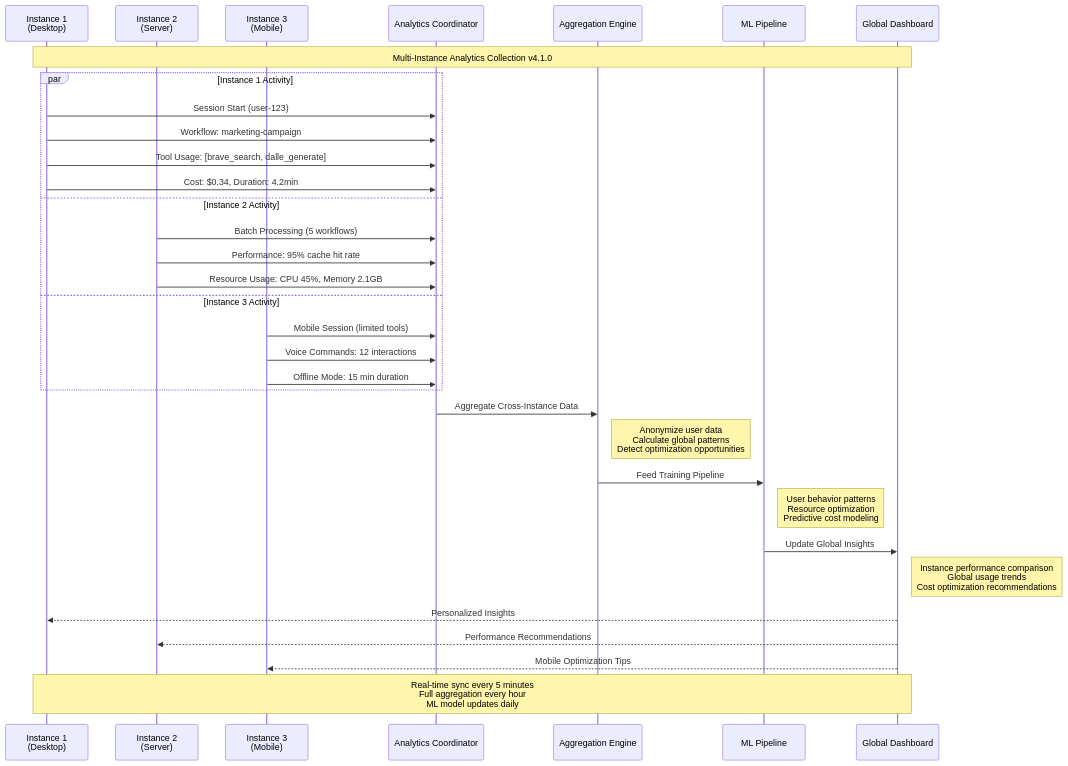
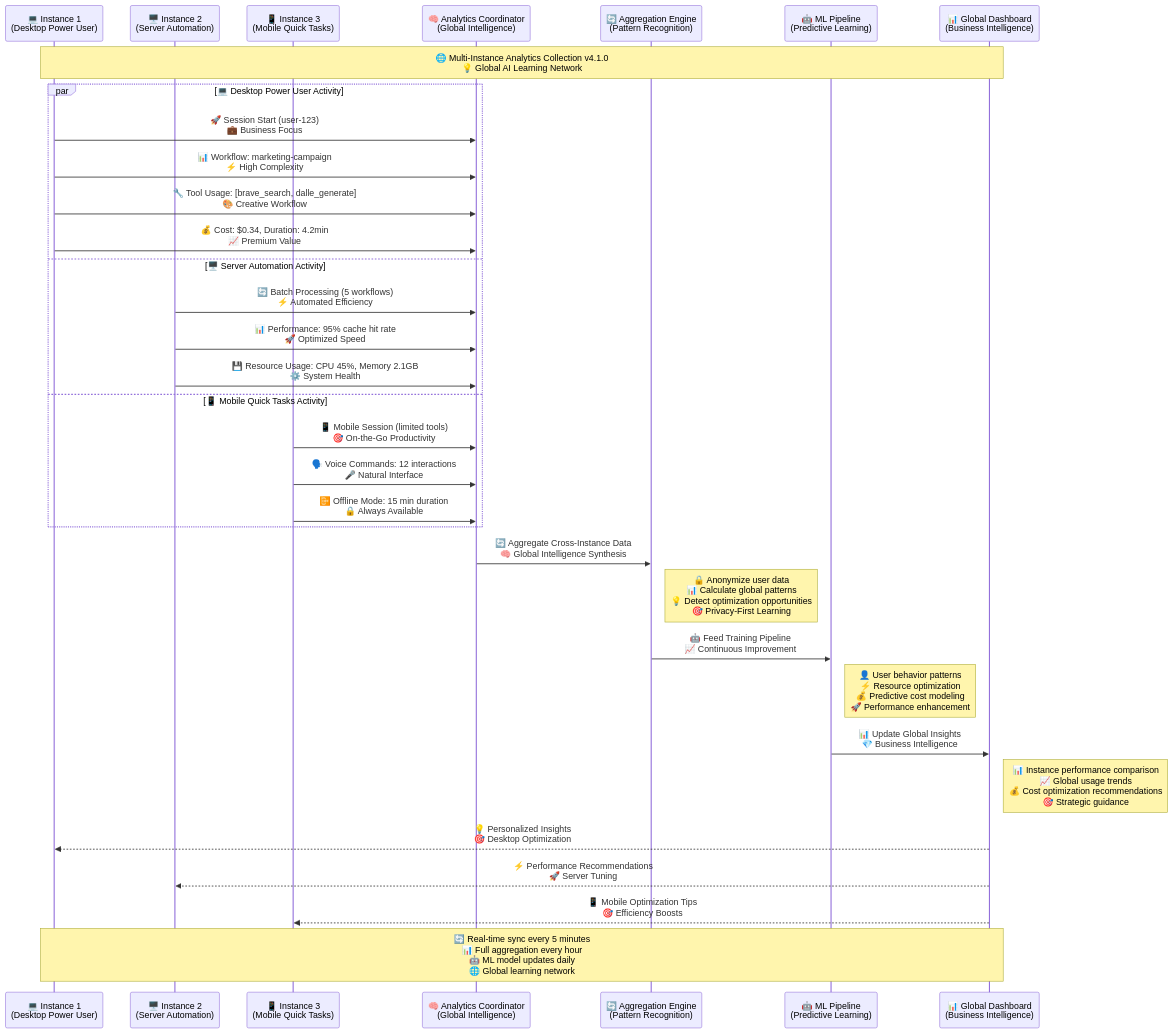
Before and after one commit to seanivore/modular-agent-orchestrator: the fourth of 4 diagrams in promotions/visuals/diagrams/memory_analytics_complex.md, drawn with Mermaid. The commit also changed other lines of this file, not shown here.

Commit message:
Advanced Memory MCP & Analytics Architecture

````diff
--- a/promotions/visuals/diagrams/memory_analytics_complex.md
+++ b/promotions/visuals/diagrams/memory_analytics_complex.md
@@ -287,42 +292,42 @@
 ```mermaid
 sequenceDiagram
-    participant I1 as Instance 1<br/>(Desktop)
-    participant I2 as Instance 2<br/>(Server)
-    participant I3 as Instance 3<br/>(Mobile)
-    participant AC as Analytics Coordinator
-    participant AG as Aggregation Engine
-    participant ML as ML Pipeline
-    participant DASH as Global Dashboard
+    participant I1 as 💻 Instance 1<br/>(Desktop Power User)
+    participant I2 as 🖥️ Instance 2<br/>(Server Automation)
+    participant I3 as 📱 Instance 3<br/>(Mobile Quick Tasks)
+    participant AC as 🧠 Analytics Coordinator<br/>(Global Intelligence)
+    participant AG as 🔄 Aggregation Engine<br/>(Pattern Recognition)
+    participant ML as 🤖 ML Pipeline<br/>(Predictive Learning)
+    participant DASH as 📊 Global Dashboard<br/>(Business Intelligence)
     
-    Note over I1,DASH: Multi-Instance Analytics Collection v4.1.0
+    Note over I1,DASH: 🌐 Multi-Instance Analytics Collection v4.1.0<br/>💡 Global AI Learning Network
     
-    par Instance 1 Activity
-        I1->>AC: Session Start (user-123)
-        I1->>AC: Workflow: marketing-campaign
-        I1->>AC: Tool Usage: [brave_search, dalle_generate]
-        I1->>AC: Cost: $0.34, Duration: 4.2min
-    and Instance 2 Activity  
-        I2->>AC: Batch Processing (5 workflows)
-        I2->>AC: Performance: 95% cache hit rate
-        I2->>AC: Resource Usage: CPU 45%, Memory 2.1GB
-    and Instance 3 Activity
-        I3->>AC: Mobile Session (limited tools)
-        I3->>AC: Voice Commands: 12 interactions
-        I3->>AC: Offline Mode: 15 min duration
+    par 💻 Desktop Power User Activity
+        I1->>AC: 🚀 Session Start (user-123)<br/>💼 Business Focus
+        I1->>AC: 📊 Workflow: marketing-campaign<br/>⚡ High Complexity
+        I1->>AC: 🔧 Tool Usage: [brave_search, dalle_generate]<br/>🎨 Creative Workflow
+        I1->>AC: 💰 Cost: $0.34, Duration: 4.2min<br/>📈 Premium Value
+    and 🖥️ Server Automation Activity  
+        I2->>AC: 🔄 Batch Processing (5 workflows)<br/>⚡ Automated Efficiency
+        I2->>AC: 📊 Performance: 95% cache hit rate<br/>🚀 Optimized Speed
+        I2->>AC: 💾 Resource Usage: CPU 45%, Memory 2.1GB<br/>⚙️ System Health
+    and 📱 Mobile Quick Tasks Activity
+        I3->>AC: 📱 Mobile Session (limited tools)<br/>🎯 On-the-Go Productivity
+        I3->>AC: 🗣️ Voice Commands: 12 interactions<br/>🎤 Natural Interface
+        I3->>AC: 📴 Offline Mode: 15 min duration<br/>🔒 Always Available
     end
     
-    AC->>AG: Aggregate Cross-Instance Data
-    Note right of AG: Anonymize user data<br/>Calculate global patterns<br/>Detect optimization opportunities
+    AC->>AG: 🔄 Aggregate Cross-Instance Data<br/>🧠 Global Intelligence Synthesis
+    Note right of AG: 🔒 Anonymize user data<br/>📊 Calculate global patterns<br/>💡 Detect optimization opportunities<br/>🎯 Privacy-First Learning
     
-    AG->>ML: Feed Training Pipeline
-    Note right of ML: User behavior patterns<br/>Resource optimization<br/>Predictive cost modeling
+    AG->>ML: 🤖 Feed Training Pipeline<br/>📈 Continuous Improvement
+    Note right of ML: 👤 User behavior patterns<br/>⚡ Resource optimization<br/>💰 Predictive cost modeling<br/>🚀 Performance enhancement
     
-    ML->>DASH: Update Global Insights
-    Note right of DASH: Instance performance comparison<br/>Global usage trends<br/>Cost optimization recommendations
+    ML->>DASH: 📊 Update Global Insights<br/>💎 Business Intelligence
+    Note right of DASH: 📊 Instance performance comparison<br/>📈 Global usage trends<br/>💰 Cost optimization recommendations<br/>🎯 Strategic guidance
     
-    DASH-->>I1: Personalized Insights
-    DASH-->>I2: Performance Recommendations  
-    DASH-->>I3: Mobile Optimization Tips
+    DASH-->>I1: 💡 Personalized Insights<br/>🎯 Desktop Optimization
+    DASH-->>I2: ⚡ Performance Recommendations<br/>🚀 Server Tuning  
+    DASH-->>I3: 📱 Mobile Optimization Tips<br/>🎯 Efficiency Boosts
     
-    Note over I1,DASH: Real-time sync every 5 minutes<br/>Full aggregation every hour<br/>ML model updates daily
+    Note over I1,DASH: 🔄 Real-time sync every 5 minutes<br/>📊 Full aggregation every hour<br/>🤖 ML model updates daily<br/>🌐 Global learning network
 ```
````
